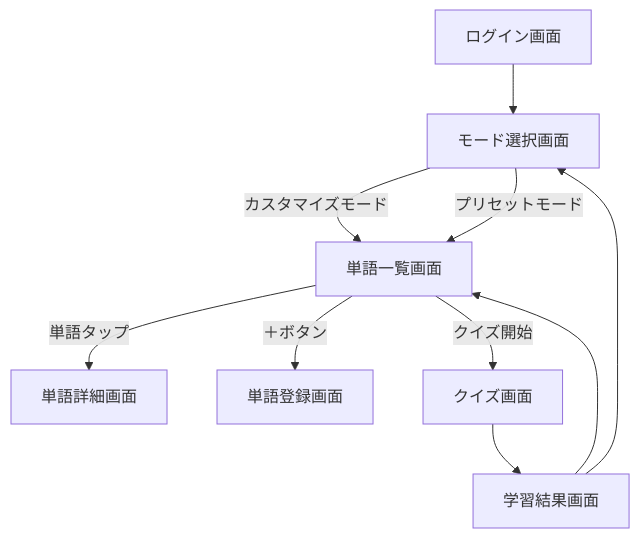
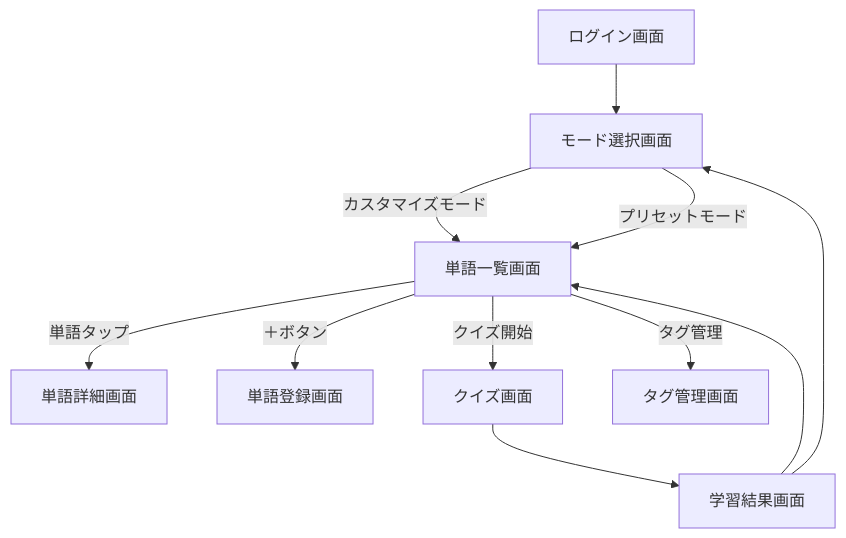
Before and after one commit to Hmty1311/spring-vue-english-app: the diagram in docs/requirements/screen-transition-diagram.md, drawn with Mermaid. The commit also changed other lines of this file, not shown here.

````diff
--- a/docs/requirements/screen-transition-diagram.md
+++ b/docs/requirements/screen-transition-diagram.md
@@ -12,12 +13,13 @@
 ```mermaid
 graph TD
     ログイン画面 --> モード選択画面
     モード選択画面 -- カスタマイズモード --> 単語一覧画面
     モード選択画面 -- プリセットモード --> 単語一覧画面
     単語一覧画面 -- 単語タップ --> 単語詳細画面
     単語一覧画面 -- ＋ボタン --> 単語登録画面
     単語一覧画面 -- クイズ開始 --> クイズ画面
+    単語一覧画面 -- タグ管理 --> タグ管理画面
     クイズ画面 --> 学習結果画面
     学習結果画面 --> 単語一覧画面
     学習結果画面 --> モード選択画面
 ```
````
